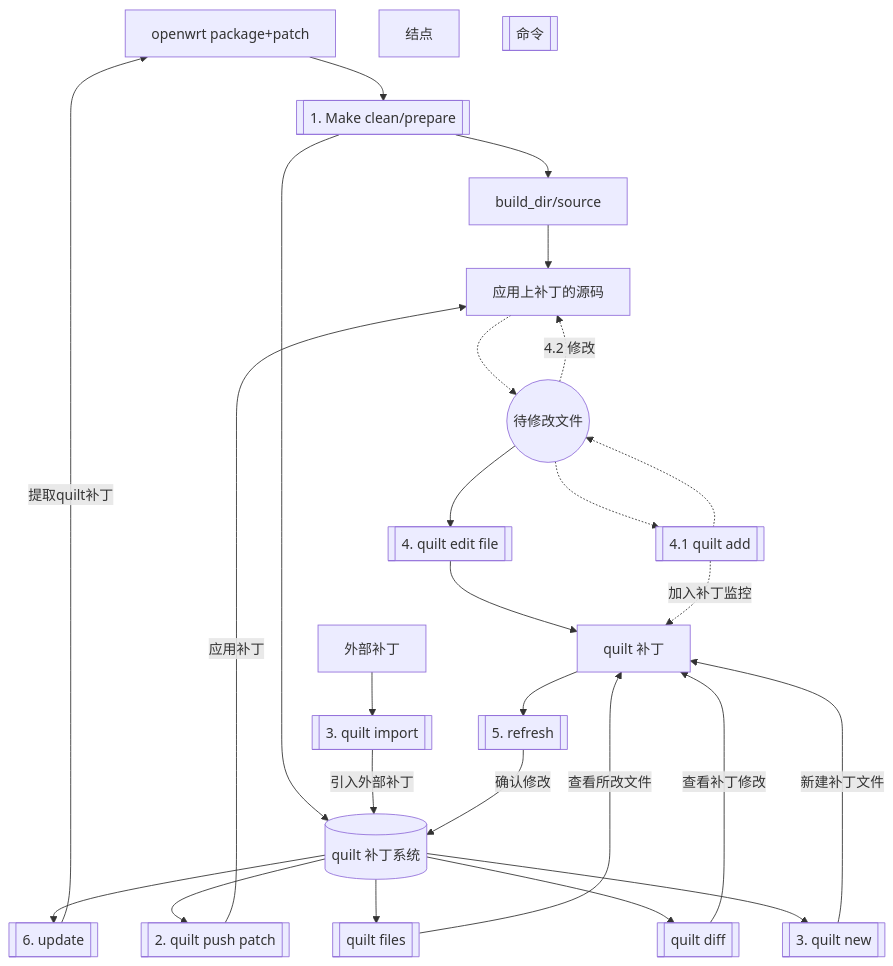
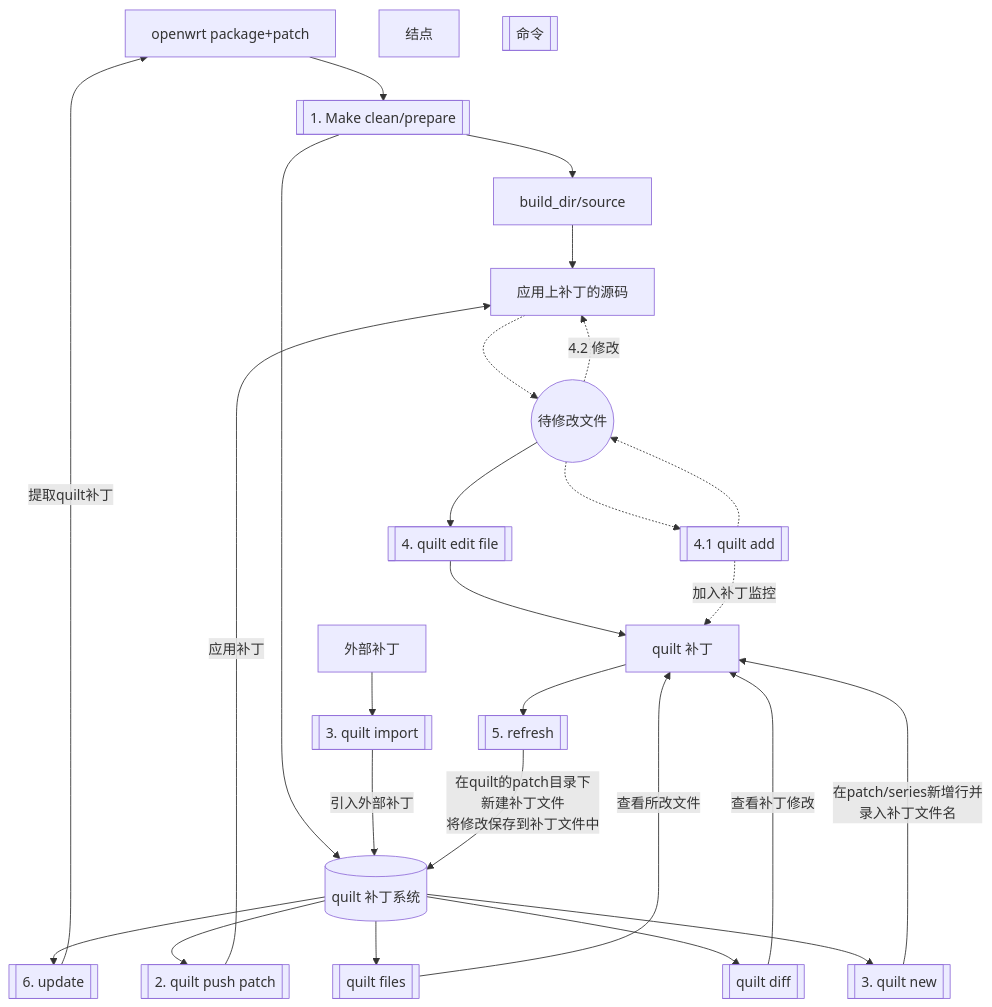
Before and after one commit to anzyelay/learning_notes: the diagram in openwrt/patch.md, drawn with Mermaid.

Commit message:
2023-0202

````diff
--- a/openwrt/patch.md
+++ b/openwrt/patch.md
@@ -43,44 +43,44 @@
 ```mermaid
 graph
 
 
 SP[openwrt package+patch]
 Q[(quilt 补丁系统)]
 B[build_dir/source]
 C[应用上补丁的源码] 
 W((待修改文件))
 EP[外部补丁]
 NP[quilt 补丁]
 
 ca[[1. Make clean/prepare]]
 cb[[2. quilt push patch]]
 cc[[3. quilt import]]
 ce[[3. quilt new]]
 cf[[4. quilt edit file]]
 cd[[4.1 quilt add]]
 cr[[5. refresh]]
 cu[[6. update]]
 ch[[quilt diff]]
 ci[[quilt files]]
 
 SP --> ca --> B & Q
 B --> C 
 Q --> cb -->|应用补丁| C
-Q -->ce-->|新建补丁文件| NP
+Q -->ce-->|在patch/series新增行并<br>录入补丁文件名| NP
 W -.-> |4.2 修改| C -.-> W
 W --> cf -->  NP
 W -.-> cd  -.-> |加入补丁监控|NP
 cd -.-> W
 
 EP-->cc--> |引入外部补丁| Q
 
-NP -->cr-->|确认修改| Q --> cu --> |提取quilt补丁| SP
+NP -->cr-->|在quilt的patch目录下<br>新建补丁文件<br>将修改保存到补丁文件中| Q --> cu --> |提取quilt补丁| SP
 
 Q-->ch--> |查看补丁修改|NP
 Q-->ci--> |查看所改文件|NP
 
 EA[结点]
 EB[[命令]]
 
 
 ```
````
